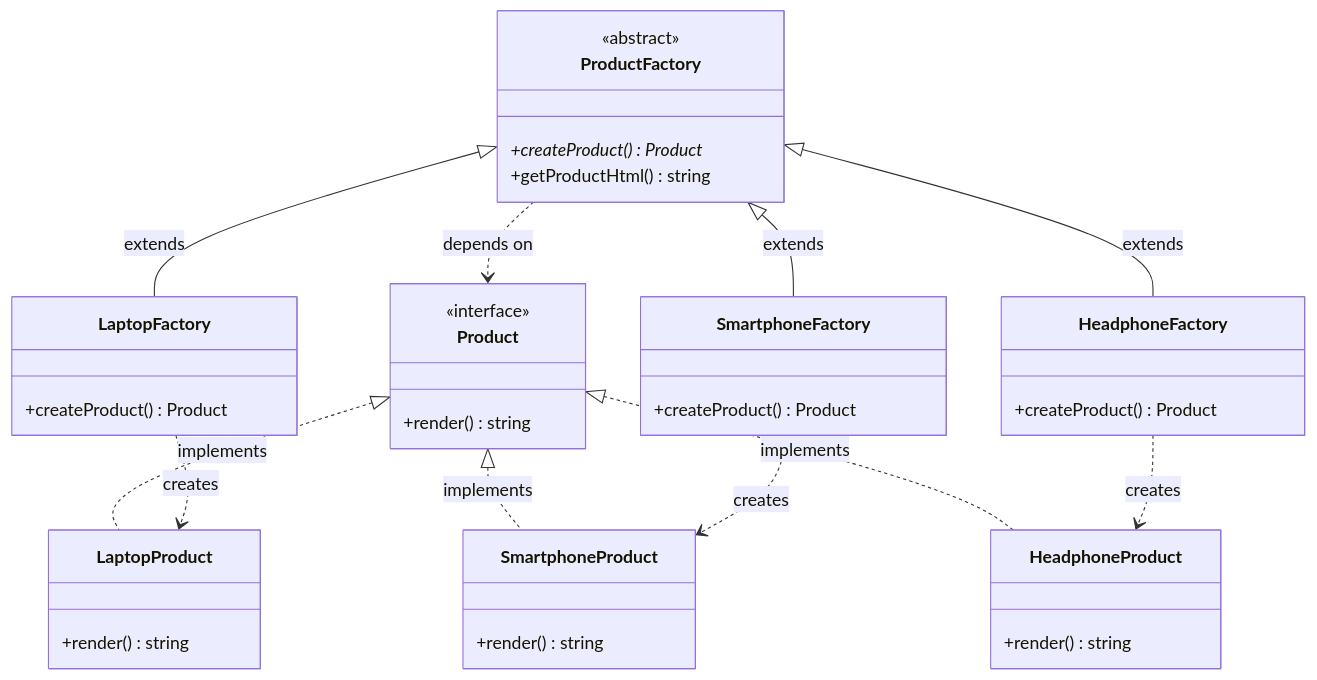
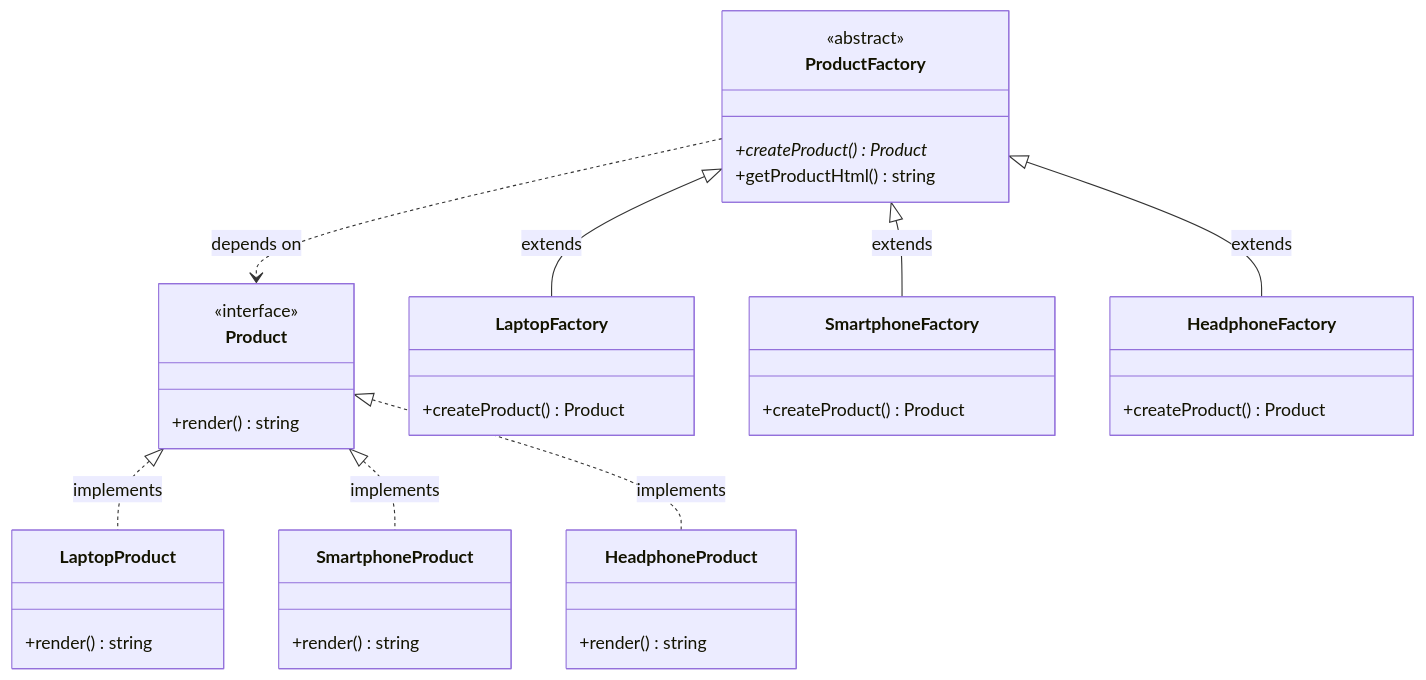
The diagram in creational/fabric-method/uml.md (lukasemperfi/patterns), drawn with Mermaid before and after one commit. The commit also changed 2 other files, not shown here.

````diff
--- a/creational/fabric-method/uml.md
+++ b/creational/fabric-method/uml.md
@@ -1,53 +1,50 @@
 ```mermaid
 classDiagram
     %% Иерархия продуктов
     class Product {
         <<interface>>
         +render() string
     }
 
     class LaptopProduct {
         +render() string
     }
 
     class SmartphoneProduct {
         +render() string
     }
 
     class HeadphoneProduct {
         +render() string
     }
 
     Product <|.. LaptopProduct : implements
     Product <|.. SmartphoneProduct : implements
     Product <|.. HeadphoneProduct : implements
 
     %% Иерархия фабрик
     class ProductFactory {
         <<abstract>>
         +createProduct()* Product
         +getProductHtml() string
     }
 
     class LaptopFactory {
         +createProduct() Product
     }
 
     class SmartphoneFactory {
         +createProduct() Product
     }
 
     class HeadphoneFactory {
         +createProduct() Product
     }
 
     ProductFactory <|-- LaptopFactory : extends
     ProductFactory <|-- SmartphoneFactory : extends
     ProductFactory <|-- HeadphoneFactory : extends
 
     %% Зависимости
-    LaptopFactory ..> LaptopProduct : creates
-    SmartphoneFactory ..> SmartphoneProduct : creates
-    HeadphoneFactory ..> HeadphoneProduct : creates
     ProductFactory ..> Product : depends on
 ```
````
